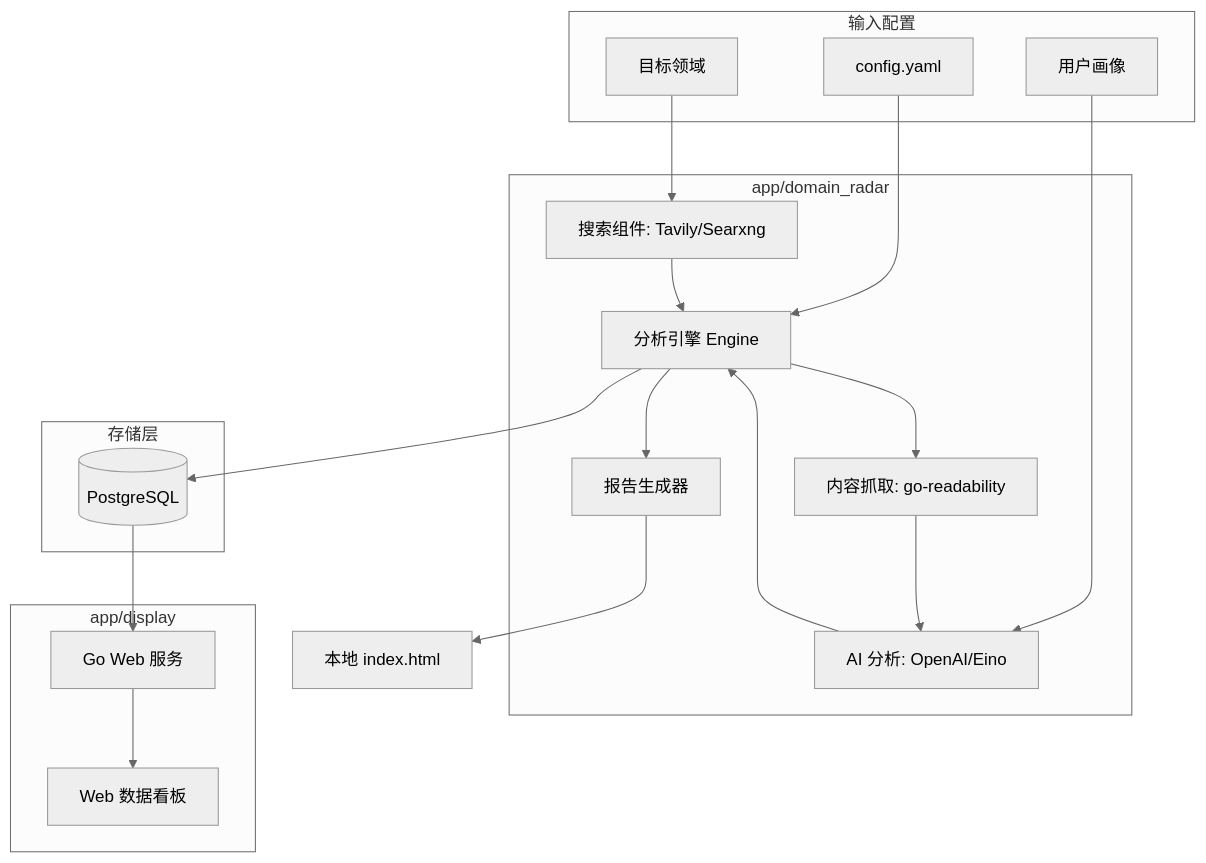
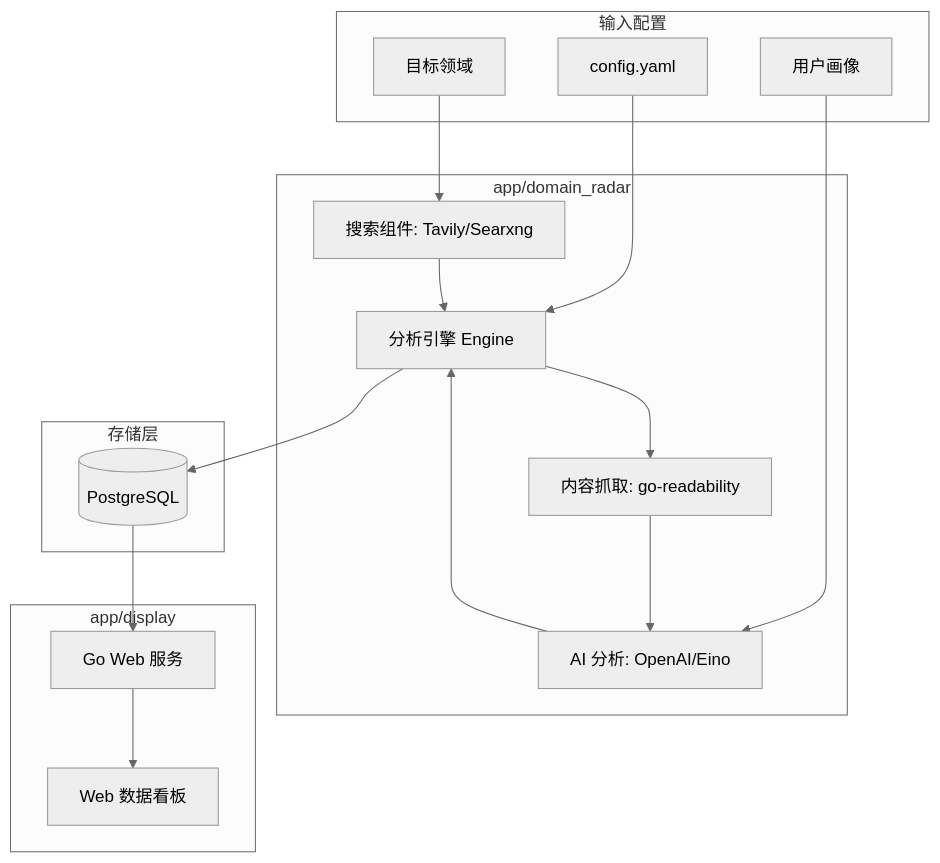
One commit to iWorld-y/DomainRadar changed the diagram in README.md. Above: the diagram before and after it, drawn with Mermaid (neutral theme). The commit also changed other lines of this file and 3 other files, not shown here.

````diff
--- a/README.md
+++ b/README.md
@@ -25,38 +23,35 @@
 ```mermaid
 graph TD
     subgraph 输入配置
         Config[config.yaml]
         Persona[用户画像]
         Domains[目标领域]
     end
 
     subgraph 核心分析引擎 [app/domain_radar]
         Engine[分析引擎 Engine]
         Search[搜索组件: Tavily/Searxng]
         Fetch[内容抓取: go-readability]
         LLM[AI 分析: OpenAI/Eino]
-        HTMLGen[报告生成器]
     end
 
     subgraph 存储层
         DB[(PostgreSQL)]
     end
 
     subgraph 展示服务 [app/display]
         WebServer[Go Web 服务]
         Dashboard[Web 数据看板]
     end
 
     Config --> Engine
     Persona --> LLM
     Domains --> Search
     Search --> Engine
     Engine --> Fetch
     Fetch --> LLM
     LLM --> Engine
     Engine --> DB
-    Engine --> HTMLGen
-    HTMLGen --> LocalReport[本地 index.html]
     DB --> WebServer
     WebServer --> Dashboard
 ```
````
